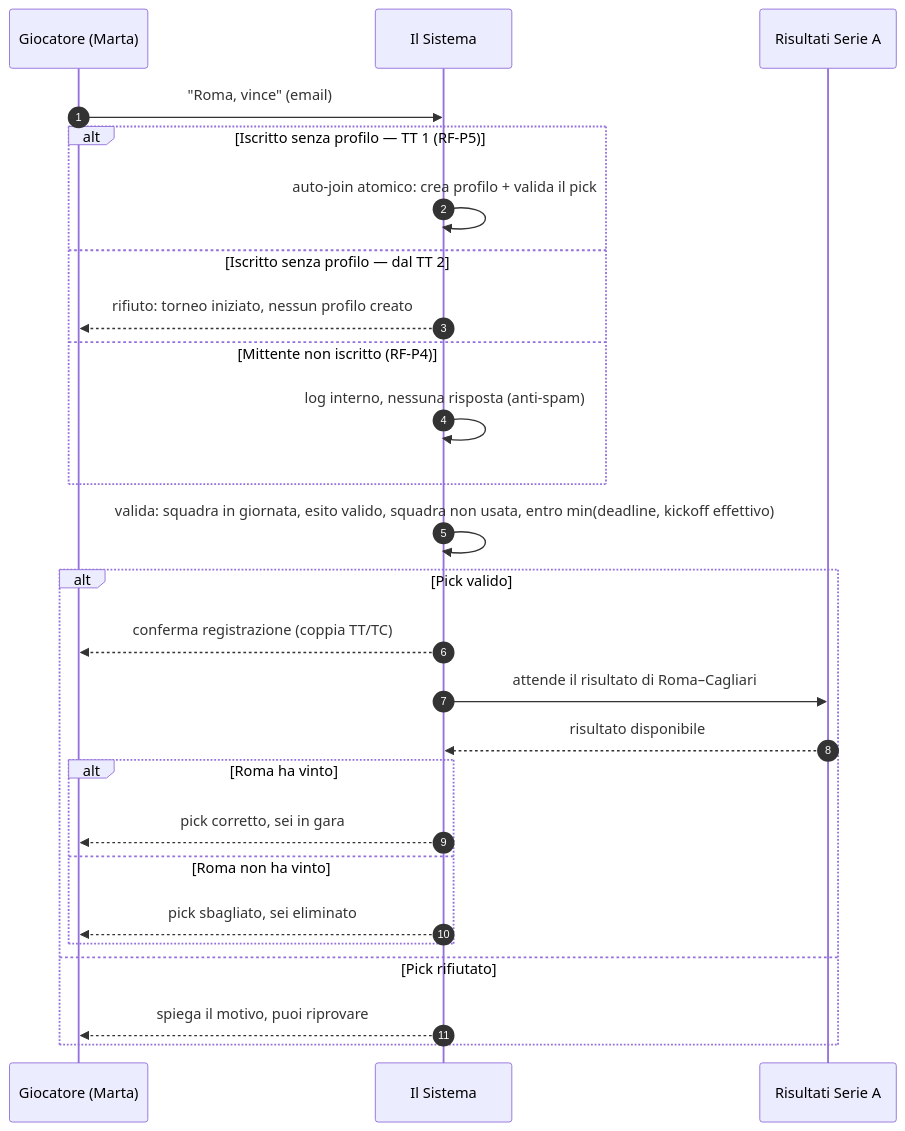
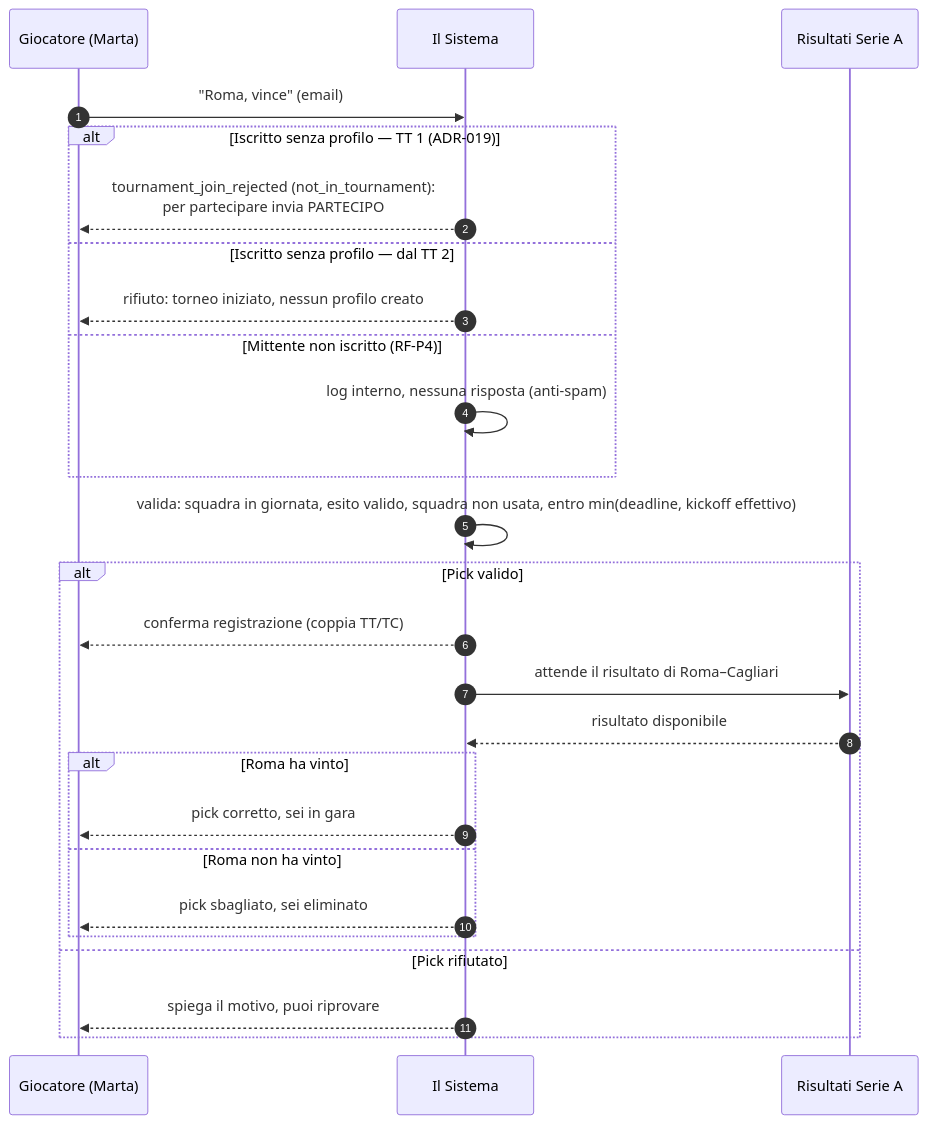
One commit to fulviodeg/SurvivorLeague changed the eighth of 10 diagrams in docs/POC/POC_HLD.md. Above: the diagram before and after it, drawn with Mermaid. The commit also changed other lines of this file and 42 other files, not shown here.

Commit message:
feat(platform): opt-in tournament participation — registration ≠ join (ADR-019)

````diff
--- a/docs/POC/POC_HLD.md
+++ b/docs/POC/POC_HLD.md
@@ -380,28 +406,28 @@
 ```mermaid
 sequenceDiagram
     autonumber
     participant G as Giocatore (Marta)
     participant S as Il Sistema
     participant R as Risultati Serie A
     G->>S: "Roma, vince" (email)
-    alt Iscritto senza profilo — TT 1 (RF-P5)
-        S->>S: auto-join atomico: crea profilo + valida il pick
+    alt Iscritto senza profilo — TT 1 (ADR-019)
+        S-->>G: tournament_join_rejected (not_in_tournament):<br/>per partecipare invia PARTECIPO
     else Iscritto senza profilo — dal TT 2
         S-->>G: rifiuto: torneo iniziato, nessun profilo creato
     else Mittente non iscritto (RF-P4)
         S->>S: log interno, nessuna risposta (anti-spam)
     end
     S->>S: valida: squadra in giornata, esito valido, squadra non usata, entro min(deadline, kickoff effettivo)
     alt Pick valido
         S-->>G: conferma registrazione (coppia TT/TC)
         S->>R: attende il risultato di Roma–Cagliari
         R-->>S: risultato disponibile
         alt Roma ha vinto
             S-->>G: pick corretto, sei in gara
         else Roma non ha vinto
             S-->>G: pick sbagliato, sei eliminato
         end
     else Pick rifiutato
         S-->>G: spiega il motivo, puoi riprovare
     end
 ```
````
